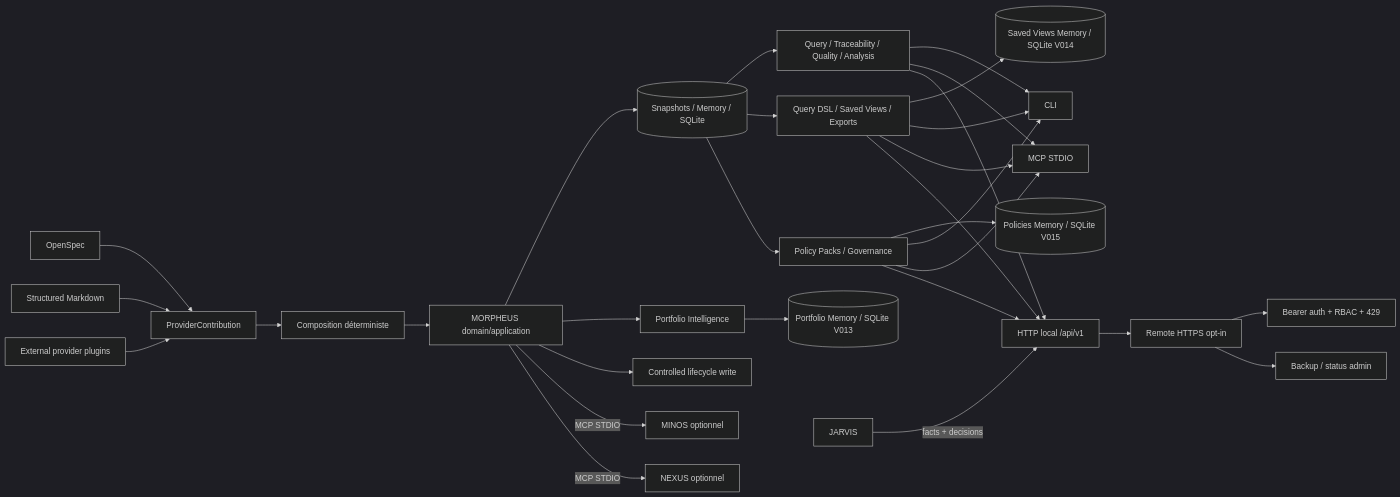
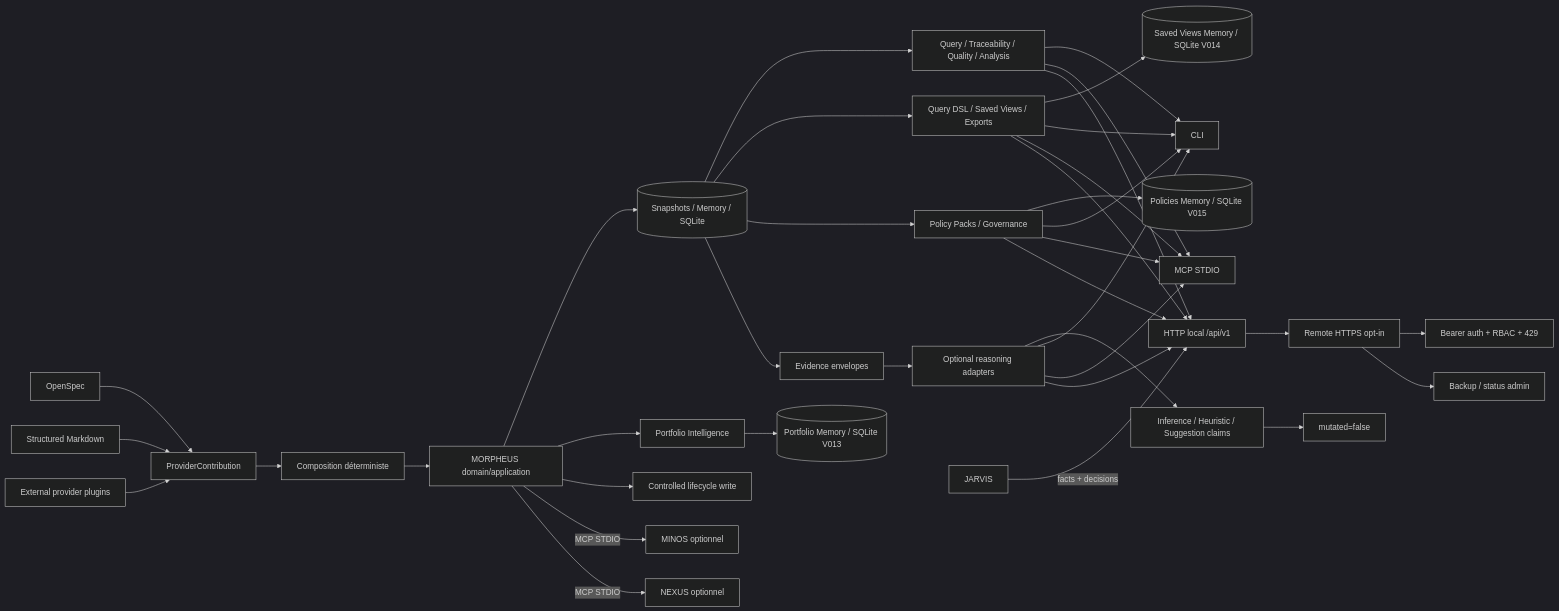
The diagram in docs/README.md (FTurleque/morpheus-engine), drawn with Mermaid (dark theme) before and after one commit. The commit also changed other lines of this file, not shown here.

````diff
--- a/docs/README.md
+++ b/docs/README.md
@@ -73,32 +78,39 @@
 ```mermaid
 flowchart LR
     O[OpenSpec] --> PC[ProviderContribution]
     MD[Structured Markdown] --> PC
     XP[External provider plugins] --> PC
     PC --> C[Composition déterministe]
     C --> M[MORPHEUS domain/application]
     M --> S[(Snapshots / Memory / SQLite)]
     S --> Q[Query / Traceability / Quality / Analysis]
     M --> P[Portfolio Intelligence]
     P --> PS[(Portfolio Memory / SQLite V013)]
     S --> D[Query DSL / Saved Views / Exports]
     D --> SV[(Saved Views Memory / SQLite V014)]
     S --> G[Policy Packs / Governance]
     G --> PG[(Policies Memory / SQLite V015)]
+    S --> E[Evidence envelopes]
+    E --> AR[Optional reasoning adapters]
+    AR --> RC[Inference / Heuristic / Suggestion claims]
+    RC --> NM[mutated=false]
     Q --> CLI[CLI]
     D --> CLI
     G --> CLI
+    AR --> CLI
     Q --> MCP[MCP STDIO]
     D --> MCP
     G --> MCP
+    AR --> MCP
     Q --> API[HTTP local /api/v1]
     D --> API
     G --> API
+    AR --> API
     API --> R[Remote HTTPS opt-in]
     R --> A[Bearer auth + RBAC + 429]
     R --> B[Backup / status admin]
     M --> W[Controlled lifecycle write]
     M -->|MCP STDIO| MINOS[MINOS optionnel]
     M -->|MCP STDIO| NEXUS[NEXUS optionnel]
     J[JARVIS] -->|facts + decisions| API
 ```
````
